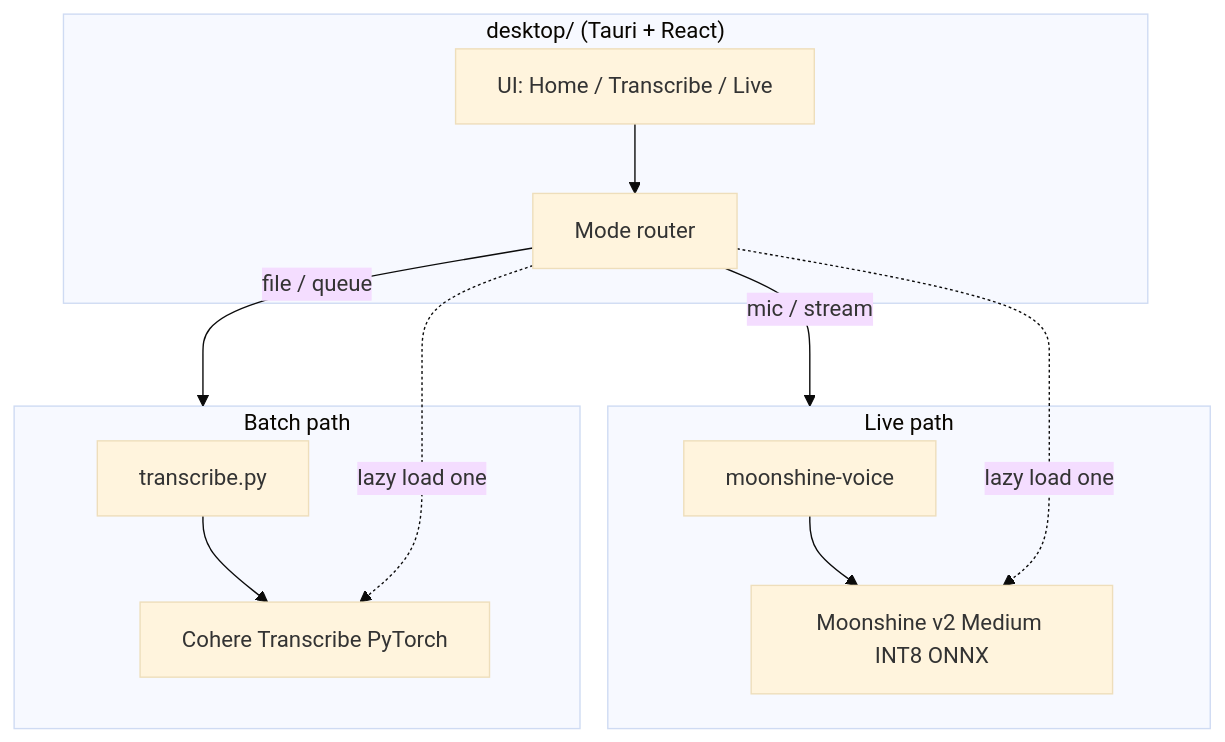
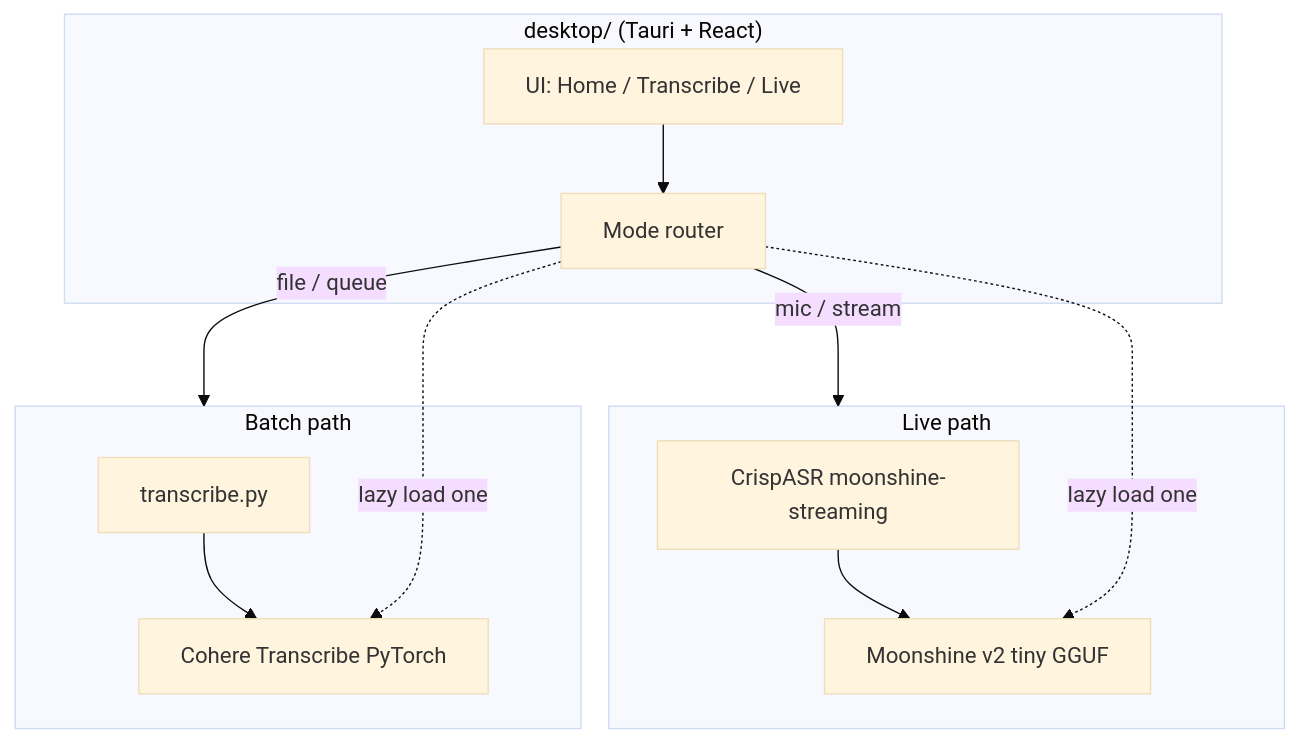
One commit to mcnatg1/yap changed the diagram in docs/adr/0001-dual-stt-backends.md. Above: the diagram before and after it, drawn with Mermaid (base theme). The commit also changed other lines of this file and 19 other files, not shown here.

Commit message:
feat: align live fallback with moonshine v2 tiny

````diff
--- a/docs/adr/0001-dual-stt-backends.md
+++ b/docs/adr/0001-dual-stt-backends.md
@@ -76,26 +76,26 @@
 ```mermaid
 flowchart TB
     subgraph Desktop["desktop/ (Tauri + React)"]
         UI[UI: Home / Transcribe / Live]
         Router[Mode router]
     end
 
     subgraph LivePath["Live path"]
-        MV[moonshine-voice]
-        MS[Moonshine v2 Medium INT8 ONNX]
+        MV[CrispASR moonshine-streaming]
+        MS[Moonshine v2 tiny GGUF]
         MV --> MS
     end
 
     subgraph BatchPath["Batch path"]
         PY[transcribe.py]
         CT[Cohere Transcribe PyTorch]
         PY --> CT
     end
 
     UI --> Router
     Router -->|mic / stream| LivePath
     Router -->|file / queue| BatchPath
 
     Router -.->|lazy load one| MS
     Router -.->|lazy load one| CT
 ```
````
